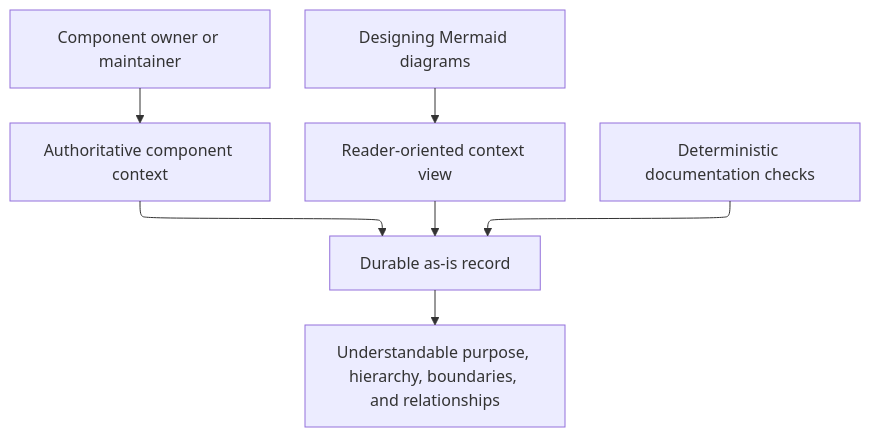
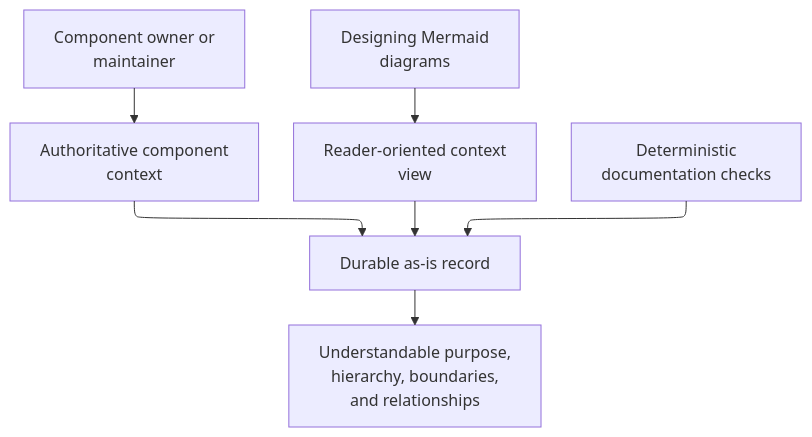
Before and after one commit to abstract-business-systems/as-is: the diagram in skills/managing-as-is-document/as-is.md, drawn with Mermaid. The commit also changed 47 other files, not shown here.

Commit message:
docs(diagrams): improve Mermaid readability validation

````diff
--- a/skills/managing-as-is-document/as-is.md
+++ b/skills/managing-as-is-document/as-is.md
@@ -16,13 +16,13 @@
 ```mermaid
 ---
 config:
   layout: elk
 ---
 flowchart TB
-    AUTHOR["Component owner or maintainer"] --> CONTEXT["Authoritative component context"]
+    AUTHOR["Component owner or<br/>maintainer"] --> CONTEXT["Authoritative component<br/>context"]
     CONTEXT --> RECORD["Durable as-is record"]
-    DIAGRAM["Designing Mermaid diagrams"] --> VIEW["Reader-oriented context view"]
+    DIAGRAM["Designing Mermaid<br/>diagrams"] --> VIEW["Reader-oriented context<br/>view"]
     VIEW --> RECORD
-    RECORD --> READER["Understandable purpose, hierarchy, boundaries, and relationships"]
-    CHECKS["Deterministic documentation checks"] --> RECORD
+    RECORD --> READER["Understandable purpose,<br/>hierarchy, boundaries,<br/>and relationships"]
+    CHECKS["Deterministic<br/>documentation checks"] --> RECORD
 ```
````
